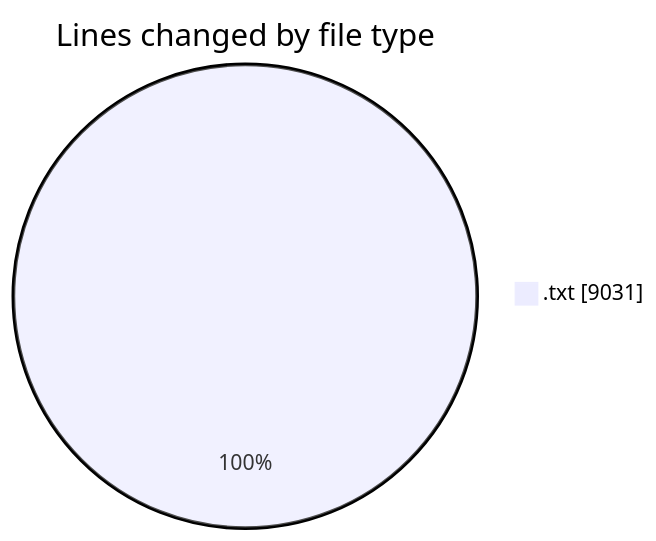
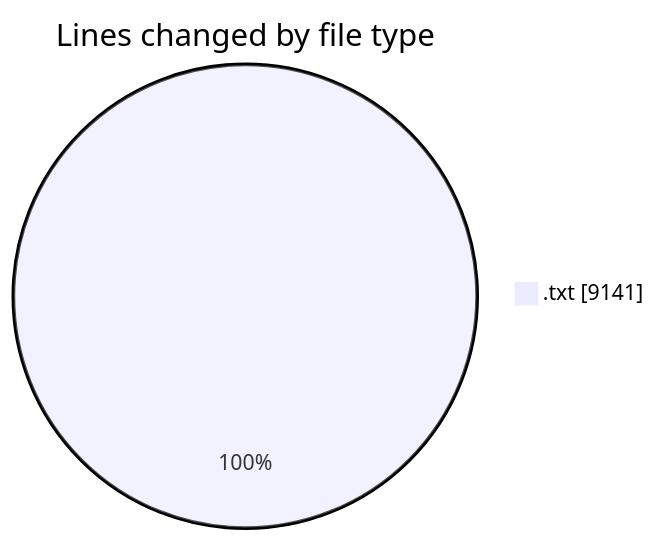
One commit to ricardozamudiocil/code-tracking changed the first of 2 diagrams in 2026-11-23/informesdocpath/README.md. Above: the diagram before and after it, drawn with Mermaid. The commit also changed other lines of this file and 1 other file, not shown here.

````diff
--- a/2026-11-23/informesdocpath/README.md
+++ b/2026-11-23/informesdocpath/README.md
@@ -21,5 +21,5 @@
 ```mermaid
 pie showData
 title Lines changed by file type
-".txt" : 9031
+".txt" : 9141
 ```
````
